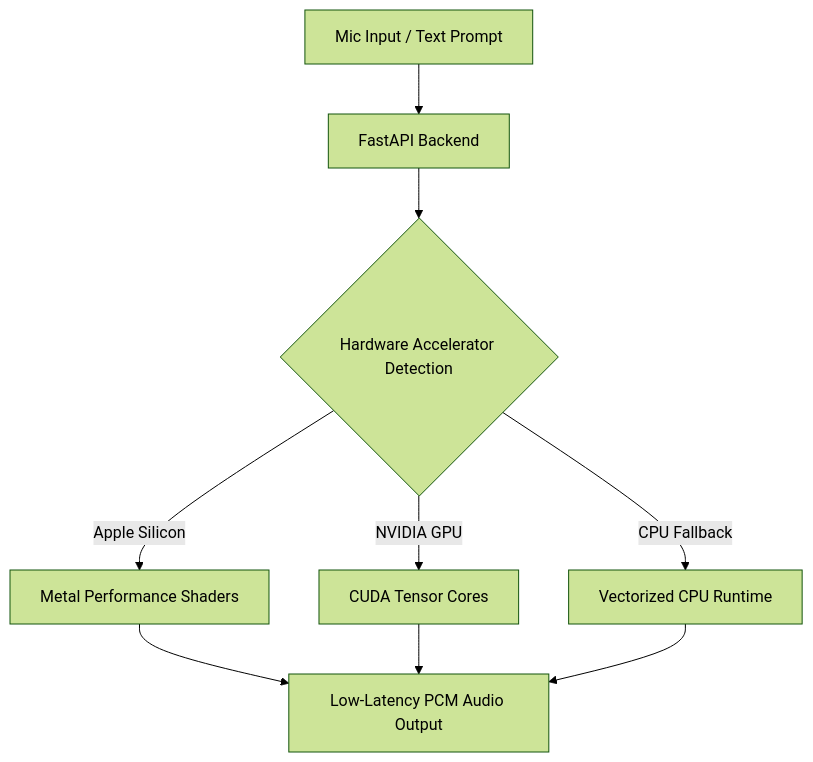
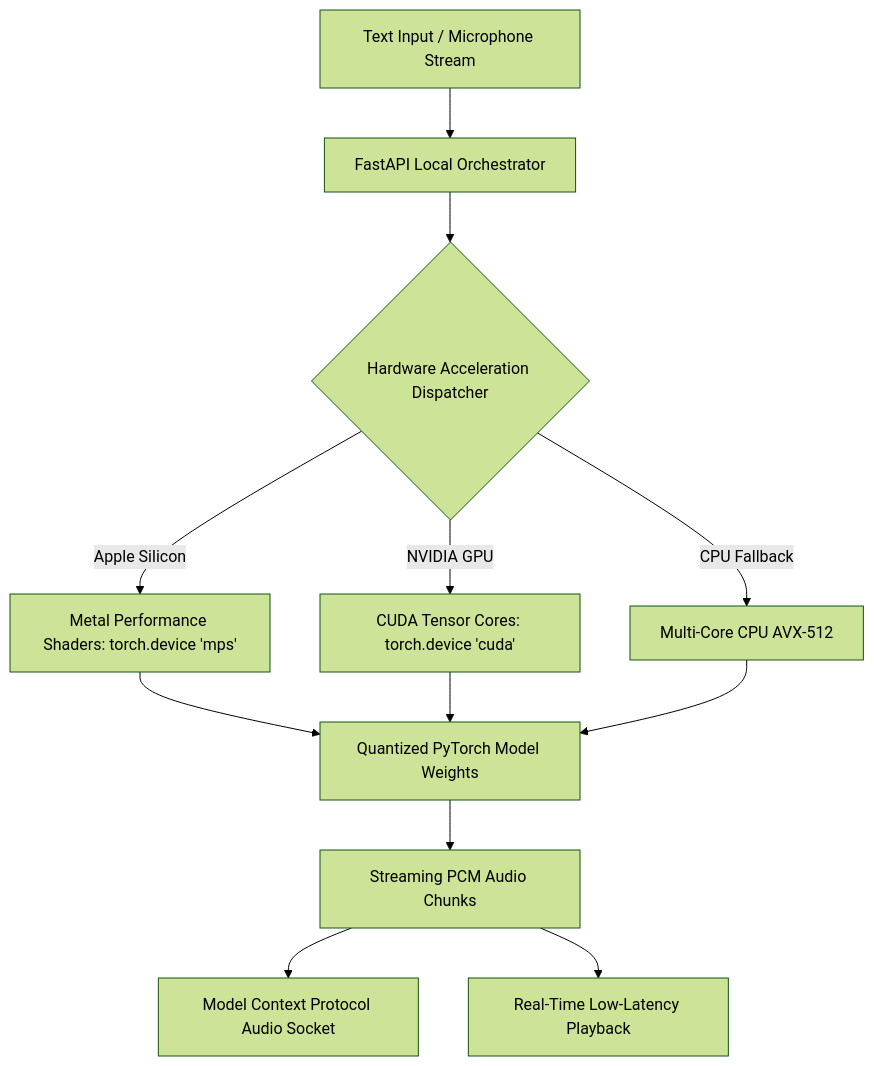
Before and after one commit to MasterZ1311/Dev-AURA: the diagram in docs/project-case-studies/sovereign-ai-and-neural-speech/rheo-neural-speech-engine.md, drawn with Mermaid (forest theme). The commit also changed other lines of this file and 21 other files, not shown here.

````diff
--- a/docs/project-case-studies/sovereign-ai-and-neural-speech/rheo-neural-speech-engine.md
+++ b/docs/project-case-studies/sovereign-ai-and-neural-speech/rheo-neural-speech-engine.md
@@ -12,9 +32,12 @@
 ```mermaid
 graph TD
-    UserAudio[Mic Input / Text Prompt] --> LocalAPI[FastAPI Backend]
-    LocalAPI --> HardwareDetector{Hardware Accelerator Detection}
-    HardwareDetector -->|Apple Silicon| MPS[Metal Performance Shaders]
-    HardwareDetector -->|NVIDIA GPU| CUDA[CUDA Tensor Cores]
-    HardwareDetector -->|CPU Fallback| ONNX[Vectorized CPU Runtime]
-    MPS & CUDA & ONNX --> AudioStream[Low-Latency PCM Audio Output]
+    Prompt[Text Input / Microphone Stream] --> Engine[FastAPI Local Orchestrator]
+    Engine --> Dispatcher{Hardware Acceleration Dispatcher}
+    Dispatcher -->|Apple Silicon| MPS[Metal Performance Shaders: torch.device 'mps']
+    Dispatcher -->|NVIDIA GPU| CUDA[CUDA Tensor Cores: torch.device 'cuda']
+    Dispatcher -->|CPU Fallback| CPU[Multi-Core CPU AVX-512]
+    MPS & CUDA & CPU --> NeuralWeights[Quantized PyTorch Model Weights]
+    NeuralWeights --> AudioChunks[Streaming PCM Audio Chunks]
+    AudioChunks --> MCP[Model Context Protocol Audio Socket]
+    AudioChunks --> Speakers[Real-Time Low-Latency Playback]
 ```
````
